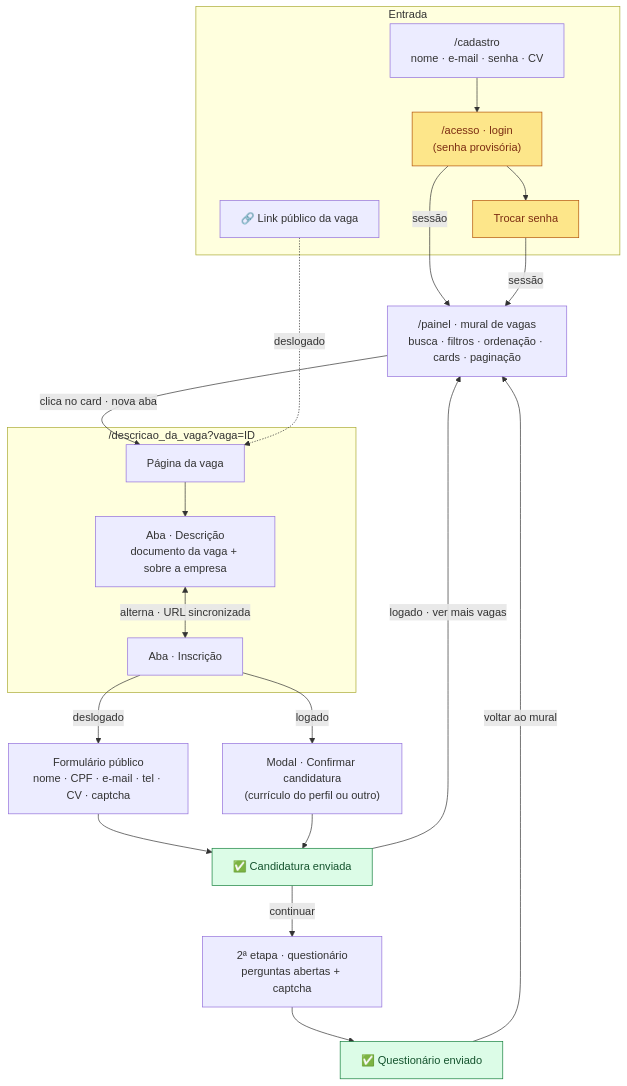
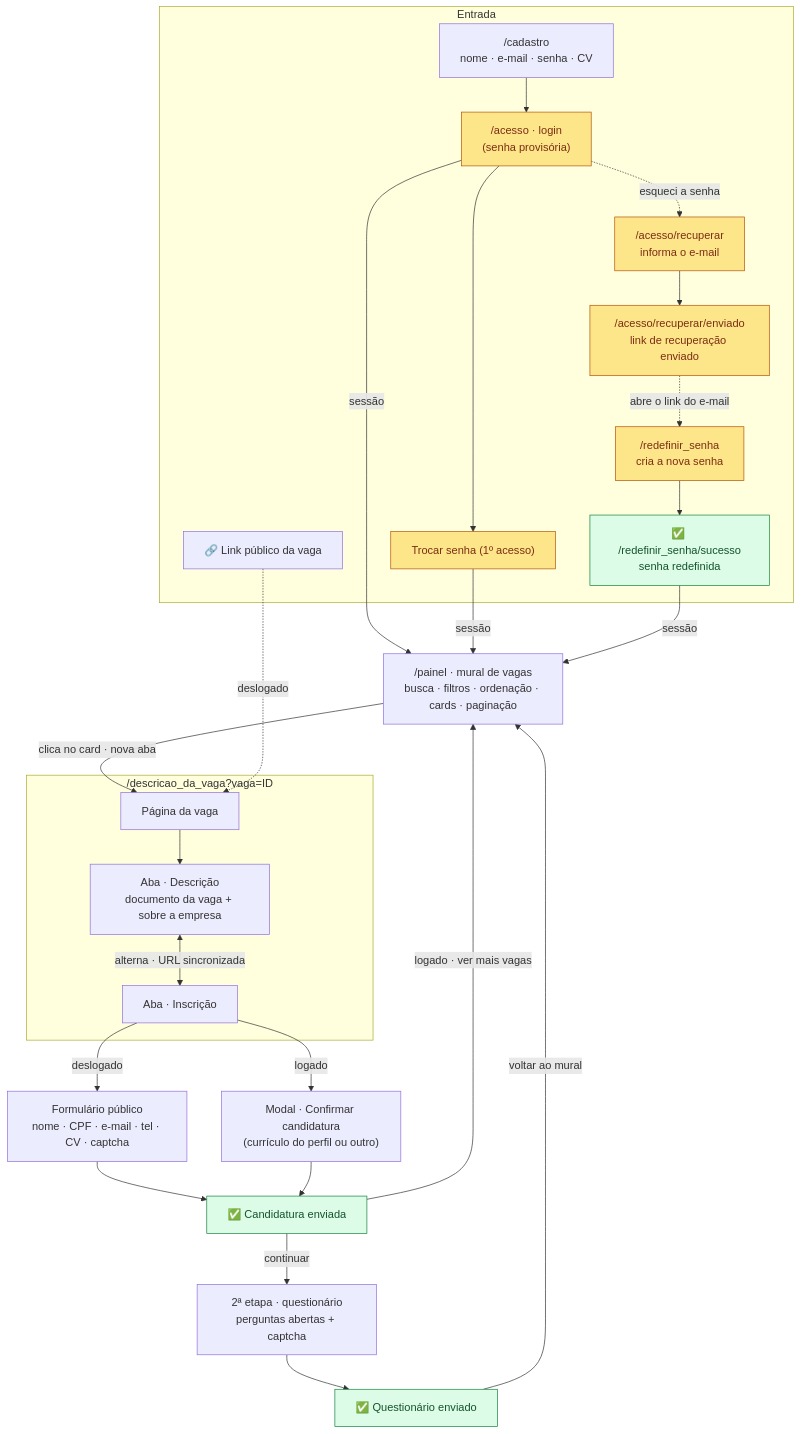
One commit to luuuster/crp-tis changed the third of 4 diagrams in docs/ARQUITETURA-INFORMACAO.md. Above: the diagram before and after it, drawn with Mermaid. The commit also changed 10 other files, not shown here.

First line of the commit message:
feat(app): fluxo "esqueci a senha" do candidato (rotas próprias, sucesso, a11y) + espelho na IA/User Flow

````diff
--- a/docs/ARQUITETURA-INFORMACAO.md
+++ b/docs/ARQUITETURA-INFORMACAO.md
@@ -124,34 +124,39 @@
 ```mermaid
 graph TB
     subgraph ENTRADA["Entrada"]
         Cadastro["/cadastro<br/>nome · e-mail · senha · CV"] --> Acesso
-        Acesso["/acesso · login<br/>(senha provisória)"] --> Troca["Trocar senha"]
+        Acesso["/acesso · login<br/>(senha provisória)"] --> Troca["Trocar senha (1º acesso)"]
+        Acesso -.->|esqueci a senha| Recuperar["/acesso/recuperar<br/>informa o e-mail"]
+        Recuperar --> Enviado["/acesso/recuperar/enviado<br/>link de recuperação enviado"]
+        Enviado -.->|abre o link do e-mail| Redefinir["/redefinir_senha<br/>cria a nova senha"]
+        Redefinir --> RedefinidoOk["✅ /redefinir_senha/sucesso<br/>senha redefinida"]
         LinkPub["🔗 Link público da vaga"]
     end
 
     Acesso -->|sessão| Painel
     Troca -->|sessão| Painel["/painel · mural de vagas<br/>busca · filtros · ordenação · cards · paginação"]
+    RedefinidoOk -->|sessão| Painel
 
     subgraph PAGINA["/descricao_da_vaga?vaga=ID"]
         Vaga["Página da vaga"] --> AbaDesc["Aba · Descrição<br/>documento da vaga + sobre a empresa"]
         AbaDesc <-->|alterna · URL sincronizada| AbaInscr["Aba · Inscrição"]
     end
 
     Painel -->|clica no card · nova aba| Vaga
     LinkPub -.->|deslogado| Vaga
 
     AbaInscr -->|deslogado| Form["Formulário público<br/>nome · CPF · e-mail · tel · CV · captcha"]
     AbaInscr -->|logado| Modal["Modal · Confirmar candidatura<br/>(currículo do perfil ou outro)"]
 
     Form --> Sucesso["✅ Candidatura enviada"]
     Modal --> Sucesso
     Sucesso -->|continuar| Seg["2ª etapa · questionário<br/>perguntas abertas + captcha"]
     Sucesso -->|logado · ver mais vagas| Painel
     Seg --> SegOk["✅ Questionário enviado"]
     SegOk -->|voltar ao mural| Painel
 
     classDef gate fill:#fde68a,stroke:#b45309,color:#7c2d12;
     classDef done fill:#dcfce7,stroke:#15803d,color:#14532d;
-    class Acesso,Troca gate;
-    class Sucesso,SegOk done;
+    class Acesso,Troca,Recuperar,Enviado,Redefinir gate;
+    class Sucesso,SegOk,RedefinidoOk done;
 ```
````
